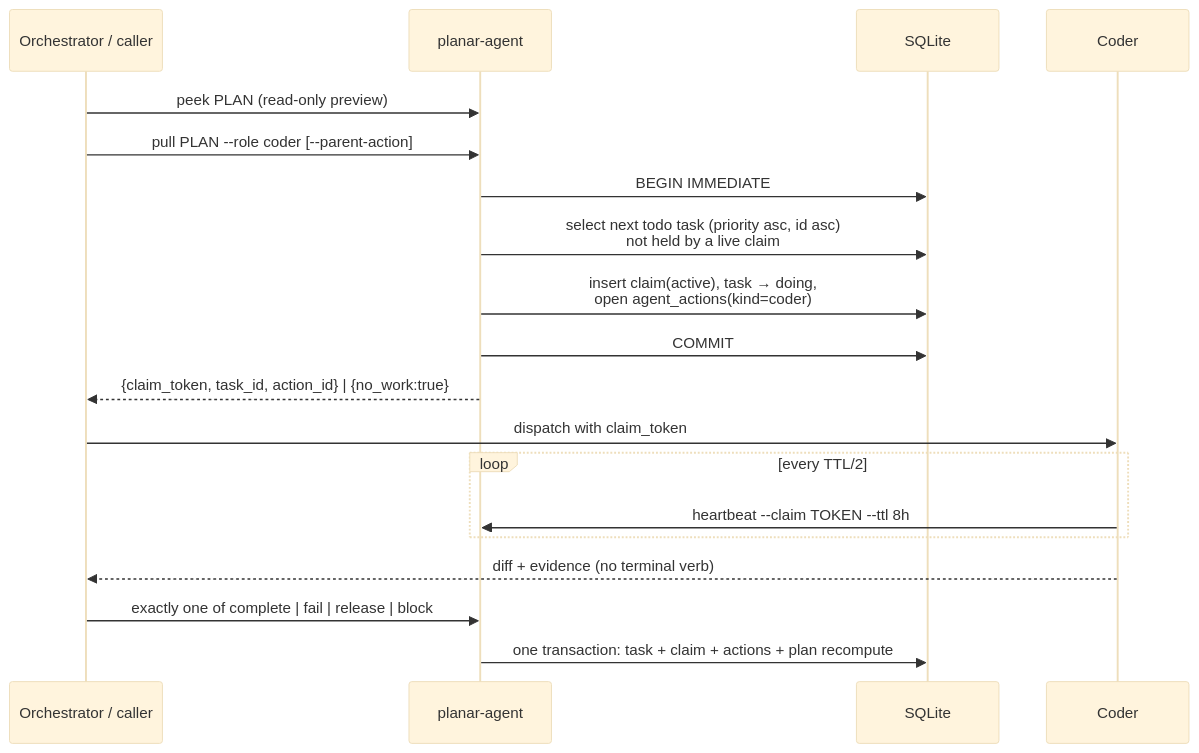
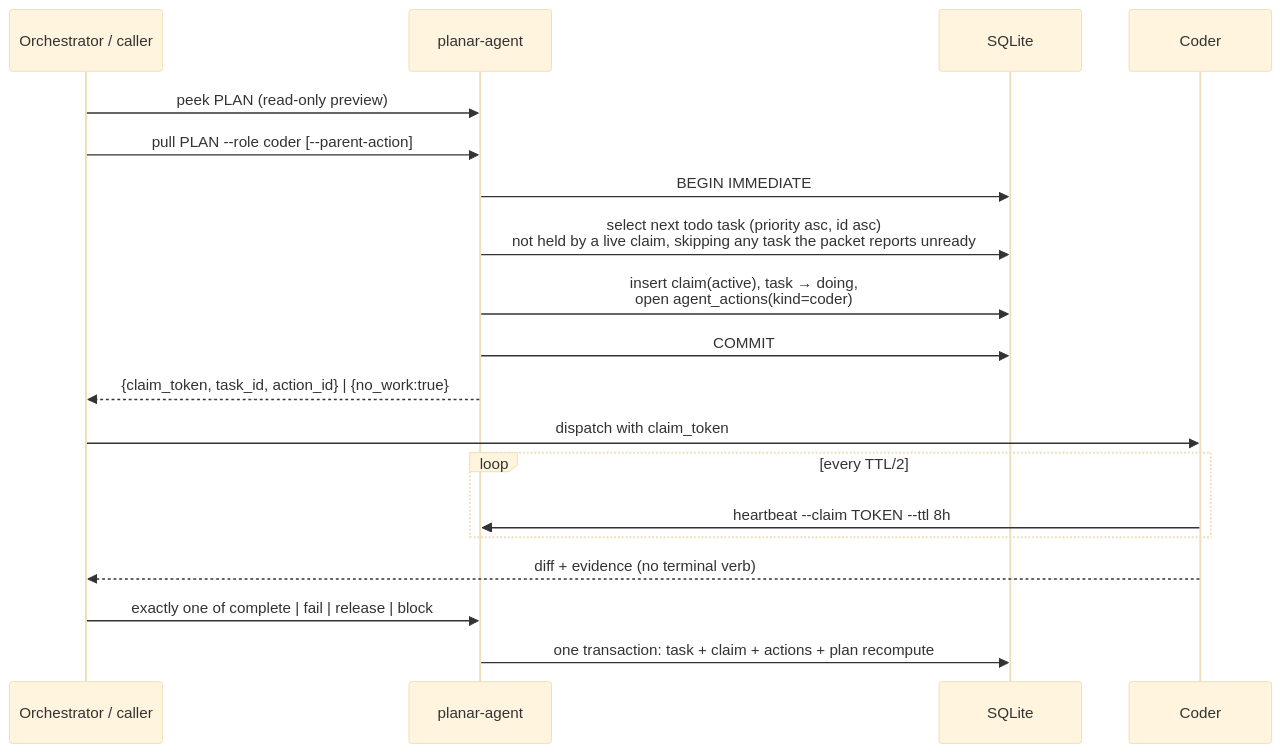
Before and after one commit to rdrsss/planar: diagram 12 of 25 in docs/lifecycles.md, drawn with Mermaid (base theme). The commit also changed other lines of this file and 1498 other files, not shown here.

````diff
--- a/docs/lifecycles.md
+++ b/docs/lifecycles.md
@@ -337,22 +338,22 @@
 ```mermaid
 sequenceDiagram
     participant O as Orchestrator / caller
     participant A as planar-agent
     participant DB as SQLite
     participant C as Coder
 
     O->>A: peek PLAN (read-only preview)
     O->>A: pull PLAN --role coder [--parent-action]
     A->>DB: BEGIN IMMEDIATE
-    A->>DB: select next todo task (priority asc, id asc)<br/>not held by a live claim
+    A->>DB: select next todo task (priority asc, id asc)<br/>not held by a live claim, skipping any task the packet reports unready
     A->>DB: insert claim(active), task → doing,<br/>open agent_actions(kind=coder)
     A->>DB: COMMIT
     A-->>O: {claim_token, task_id, action_id} | {no_work:true}
     O->>C: dispatch with claim_token
     loop every TTL/2
         C->>A: heartbeat --claim TOKEN --ttl 8h
     end
     C-->>O: diff + evidence (no terminal verb)
     O->>A: exactly one of complete | fail | release | block
     A->>DB: one transaction: task + claim + actions + plan recompute
 ```
````
